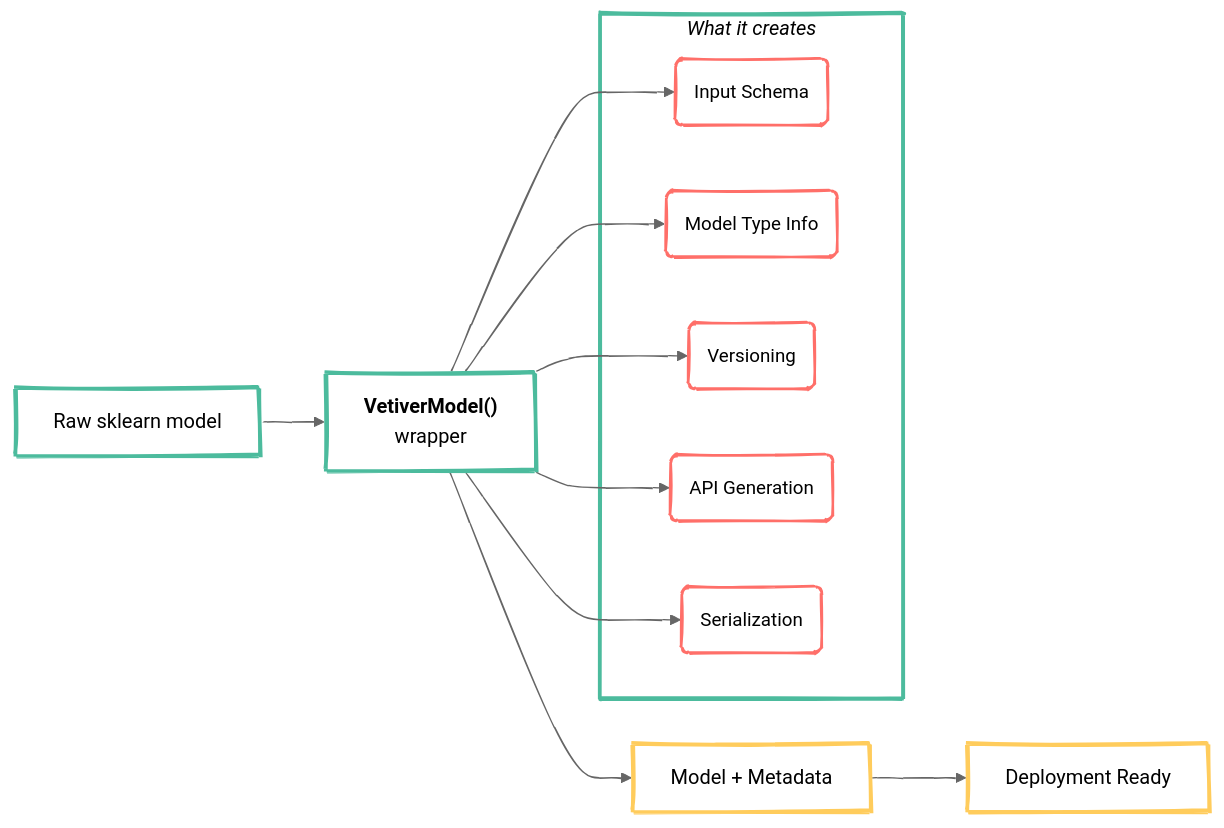
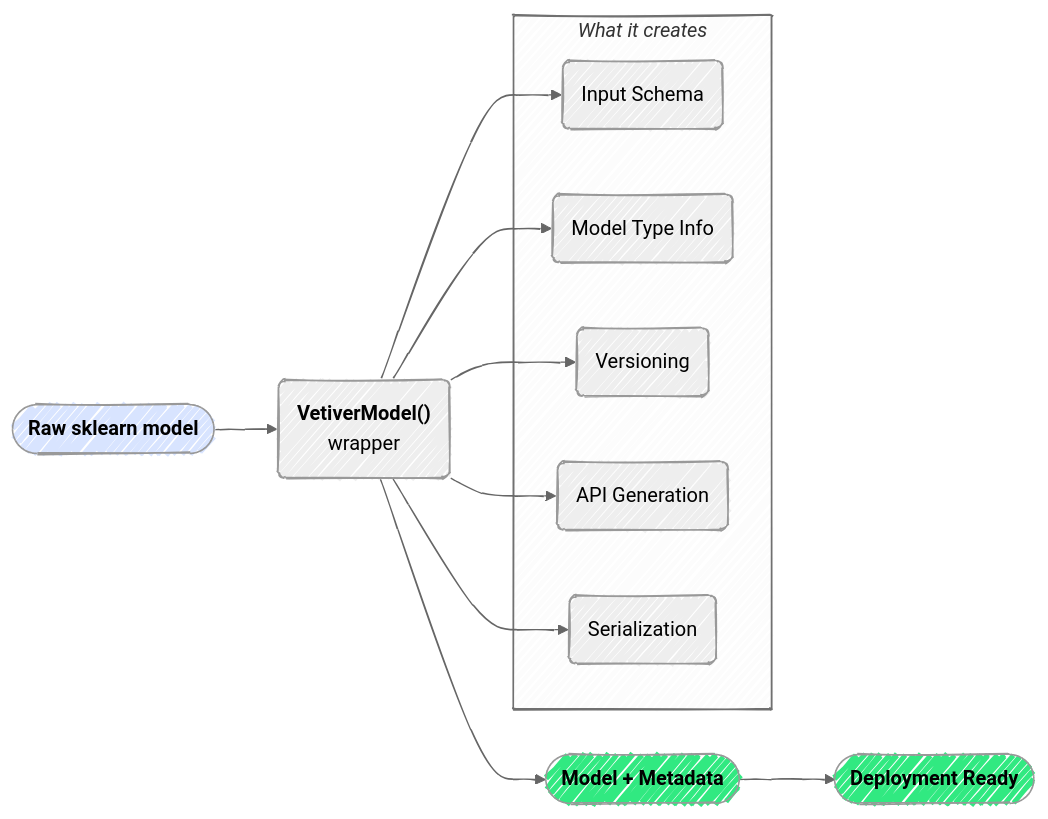
One commit to mjfrigaard/do4ds-labs changed the second of 5 diagrams in lab2.qmd. Above: the diagram before and after it, drawn with Mermaid. The commit also changed other lines of this file and 38 other files, not shown here.

````diff
--- a/lab2.qmd
+++ b/lab2.qmd
@@ -243,38 +249,30 @@
 ```{mermaid}
 %%| fig-cap: 'VetiverModel()'
 %%| fig-align: center
 %%{init: {'theme': 'neutral', 'look': 'handDrawn', 'themeVariables': { 'fontFamily': 'monospace', "fontSize":"16px"}}}%%
+
 flowchart LR
-    RawMod[Raw sklearn model] --> VMod["<strong>VetiverModel()</strong><br>wrapper"]
-    VMod --> ModMeta["Model + Metadata"]
-    ModMeta --> Dep["Deployment Ready"]
+    RawMod(["<strong>Raw sklearn model</strong>"]) --> VMod("<strong>VetiverModel()</strong><br>wrapper")
+    VMod --> ModMeta(["<strong>Model + Metadata</strong>"])
+    ModMeta --> Dep(["<strong>Deployment Ready</strong>"])
     
     subgraph Vet["<em>What it creates</em>"]
         InSch("Input Schema")
         ModTypeInfo("Model Type Info")
         Ver("Versioning")
         Api("API Generation")
         Ser("Serialization")
     end
     
     VMod --> InSch
     VMod --> ModTypeInfo 
     VMod --> Ver
     VMod --> Api
     VMod --> Ser
-    
-    %% style %%
-    style RawMod fill:#FFF,stroke:#4CBB9D,color:#000,stroke-width:3px,rx:10,ry:10,font-size:16px
-    style VMod fill:#FFF,stroke:#4CBB9D,color:#000,stroke-width:3px,rx:10,ry:10,font-size:16px
-    style Vet fill:#FFF,stroke:#4CBB9D,color:#000,stroke-width:3px,rx:10,ry:10,font-size:16px
-    
-    style InSch fill:#FFF,stroke:#ff6f69,color:#000,stroke-width:2px,rx:5,ry:5,font-size:15px
-    style ModTypeInfo fill:#FFF,stroke:#ff6f69,color:#000,stroke-width:2px,rx:5,ry:5,font-size:15px
-    style Ver fill:#FFF,stroke:#ff6f69,color:#000,stroke-width:2px,rx:5,ry:5,font-size:15px
-    style Api fill:#FFF,stroke:#ff6f69,color:#000,stroke-width:2px,rx:5,ry:5,font-size:15px
-    style Ser fill:#FFF,stroke:#ff6f69,color:#000,stroke-width:2px,rx:5,ry:5,font-size:15px
-    
-    style ModMeta fill:#FFF,stroke:#ffcc5c,color:#000,stroke-width:3px,rx:10,ry:10,font-size:16px
-    style Dep fill:#FFF,stroke:#ffcc5c,color:#000,stroke-width:3px,rx:10,ry:10,font-size:16px
+
+    %% Style for outputs %%
+    style RawMod fill:#d8e4ff
+    style ModMeta fill:#31e981
+    style Dep fill:#31e981
     
 ```
````
